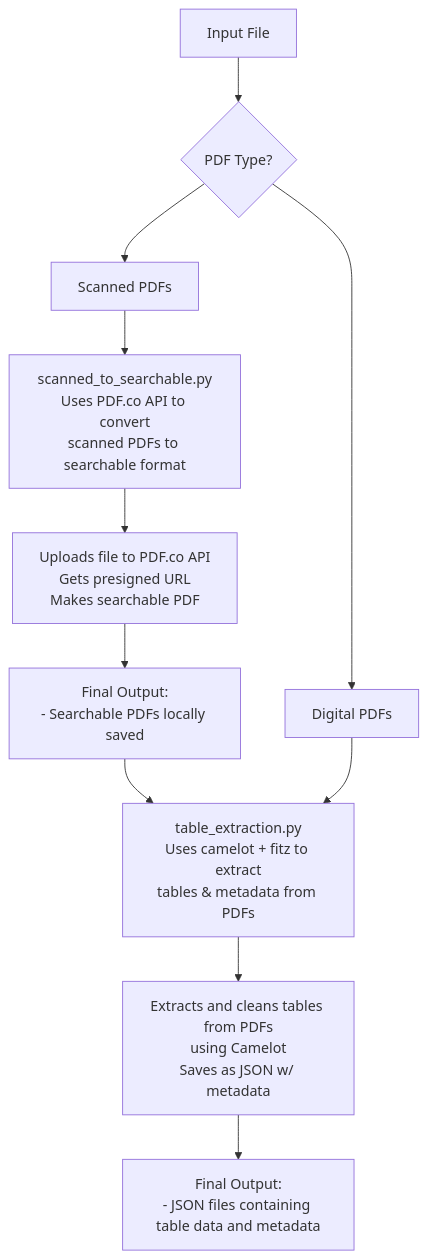
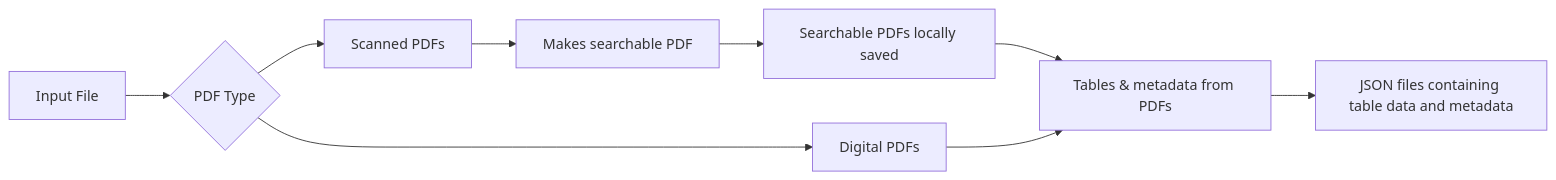
The diagram in readme.md (Pradyumna-RN/Extract-Tables), drawn with Mermaid before and after one commit. The commit also changed other lines of this file, not shown here.

````diff
--- a/readme.md
+++ b/readme.md
@@ -4,17 +4,15 @@
 ```mermaid
-graph TD
-    B[Input File] --> I{PDF Type?}
+graph LR
+    B[Input File] --> I{PDF Type}
     I --> J[Scanned PDFs]
     I --> K[Digital PDFs]
 
-    J --> C[scanned_to_searchable.py<br/>Uses PDF.co API to convert<br/>scanned PDFs to searchable format]
-    C --> E[Uploads file to PDF.co API<br/>Gets presigned URL<br/>Makes searchable PDF]
-    G --> D[table_extraction.py<br/>Uses camelot + fitz to extract<br/>tables & metadata from PDFs]
+    J --> E[Makes searchable PDF]
+    G --> D[Tables & metadata from PDFs]
 
     K --> D
 
-    D --> F[Extracts and cleans tables from PDFs<br/>using Camelot<br/>Saves as JSON w/ metadata]
-    E --> G[Final Output:<br/>- Searchable PDFs locally saved]
-    F --> H[Final Output:<br/>- JSON files containing table data and metadata]
+    D --> H[JSON files containing table data and metadata]
+    E --> G[Searchable PDFs locally saved]
 
 ```
````
